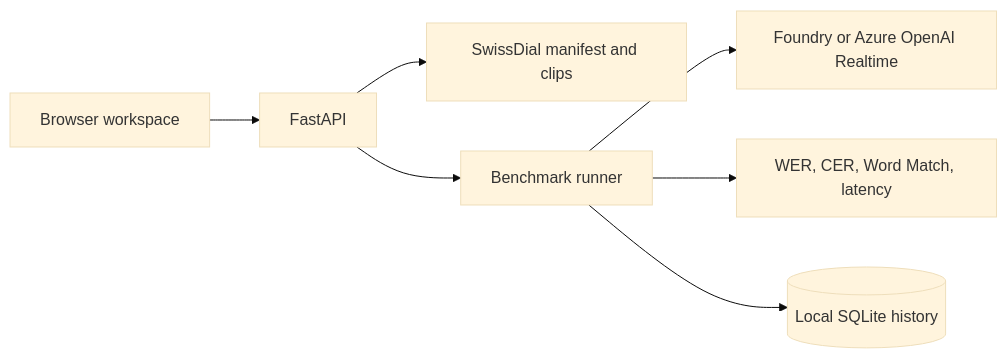
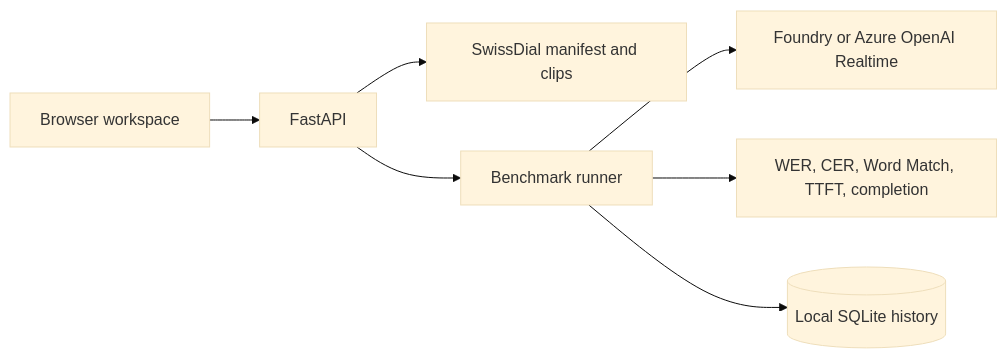
Before and after one commit to flo7up/Swiss-german-transcription-test-bench: the diagram in README.md, drawn with Mermaid (base theme). The commit also changed other lines of this file and 8 other files, not shown here.

````diff
--- a/README.md
+++ b/README.md
@@ -30,9 +30,9 @@
 ```mermaid
 flowchart LR
   Browser[Browser workspace] --> API[FastAPI]
   API --> Catalog[SwissDial manifest and clips]
   API --> Runner[Benchmark runner]
   Runner --> Models[Foundry or Azure OpenAI Realtime]
-  Runner --> Metrics[WER, CER, Word Match, latency]
+  Runner --> Metrics[WER, CER, Word Match, TTFT, completion]
   Runner --> SQLite[(Local SQLite history)]
 ```
````
